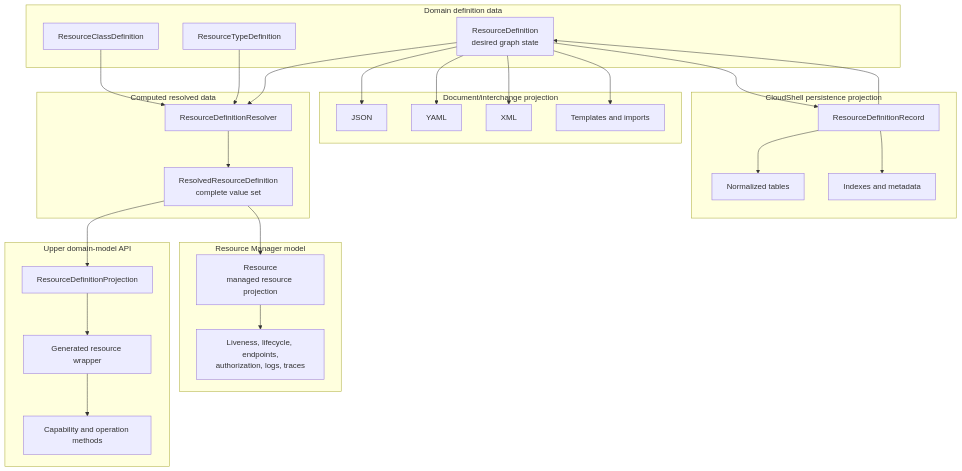
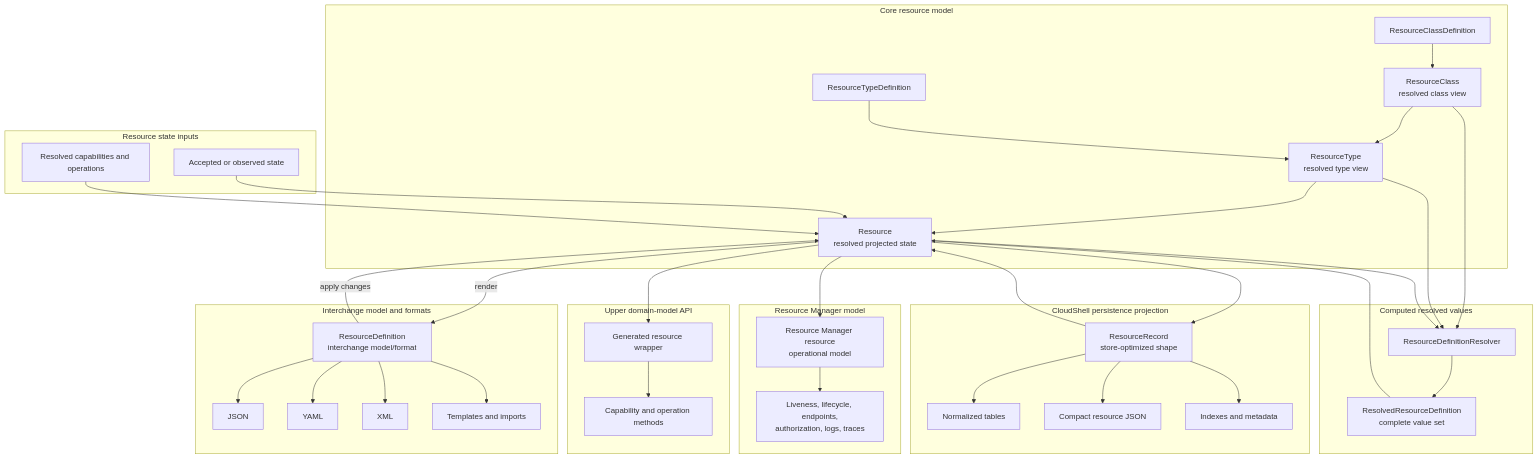
The fourth of 4 diagrams in docs/proposals/core/resource-definitions-and-capability-providers.md (marinasundstrom/CloudShell), drawn with Mermaid before and after one commit. The commit also changed other lines of this file, not shown here.

Commit message:
Clarify resource projection model

````diff
--- a/docs/proposals/core/resource-definitions-and-capability-providers.md
+++ b/docs/proposals/core/resource-definitions-and-capability-providers.md
@@ -1192,54 +1308,72 @@
 ```mermaid
 flowchart TD
-    subgraph domainData [Domain definition data]
+    subgraph domainData [Core resource model]
+        resource["Resource<br/>resolved projected state"]
+        resourceType["ResourceType<br/>resolved type view"]
+        resourceClass["ResourceClass<br/>resolved class view"]
         classDefinition["ResourceClassDefinition"]
         typeDefinition["ResourceTypeDefinition"]
-        definition["ResourceDefinition<br/>desired graph state"]
     end
 
-    subgraph documentProjection [Document/interchange projection]
+    subgraph documentProjection [Interchange model and formats]
+        definition["ResourceDefinition<br/>interchange model/format"]
         json["JSON"]
         yaml["YAML"]
         xml["XML"]
         templates["Templates and imports"]
     end
 
     subgraph persistenceProjection [CloudShell persistence projection]
-        record["ResourceDefinitionRecord"]
+        record["ResourceRecord<br/>store-optimized shape"]
         tables["Normalized tables"]
+        compactJson["Compact resource JSON"]
         indexes["Indexes and metadata"]
     end
 
-    subgraph resolvedData [Computed resolved data]
+    subgraph resolvedData [Computed resolved values]
         resolver["ResourceDefinitionResolver"]
         resolved["ResolvedResourceDefinition<br/>complete value set"]
     end
 
-    subgraph resourceManagerModel [Resource Manager model]
-        resource["Resource<br/>managed resource projection"]
-        liveness["Liveness, lifecycle, endpoints,<br/>authorization, logs, traces"]
+    subgraph resourceInputs [Resource state inputs]
+        actualState["Accepted or observed state"]
+        capabilityOperationBehavior["Resolved capabilities and operations"]
     end
 
     subgraph upperApi [Upper domain-model API]
-        projection["ResourceDefinitionProjection"]
         wrapper["Generated resource wrapper"]
         behavior["Capability and operation methods"]
     end
 
-    classDefinition --> resolver
-    typeDefinition --> resolver
-    definition --> resolver
+    subgraph resourceManagerModel [Resource Manager model]
+        managedResource["Resource Manager resource<br/>operational model"]
+        liveness["Liveness, lifecycle, endpoints,<br/>authorization, logs, traces"]
+    end
+
+    resource -->|render| definition
+    definition -->|apply changes| resource
+
+    classDefinition --> resourceClass --> resourceType
+    typeDefinition --> resourceType
+    resourceType --> resource
+    resourceClass --> resolver
+    resourceType --> resolver
+    resource --> resolver
 
     definition --> json
     definition --> yaml
     definition --> xml
     definition --> templates
 
-    definition --> record
+    resource --> record
     record --> tables
+    record --> compactJson
     record --> indexes
-    record --> definition
+    record --> resource
 
-    resolver --> resolved --> projection --> wrapper --> behavior
-    resolved --> resource --> liveness
+    resolver --> resolved --> resource
+    actualState --> resource
+    capabilityOperationBehavior --> resource
+    resource --> wrapper --> behavior
+    resource --> managedResource --> liveness
 ```
````
